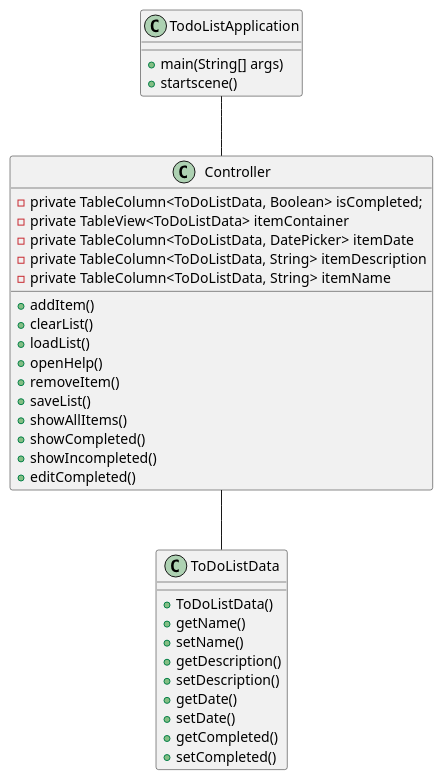
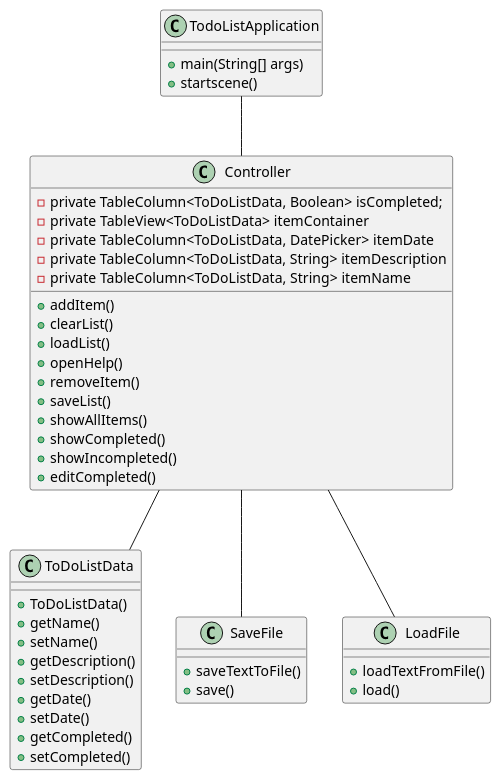
Before and after one commit to Trump7/trump-app1-impl: the diagram in trump-app1/docs/ToDoListApplication.puml, drawn with PlantUML. The commit also changed 7 other files, not shown here.

```diff
--- a/trump-app1/docs/ToDoListApplication.puml
+++ b/trump-app1/docs/ToDoListApplication.puml
@@ -1,44 +1,56 @@
 @startuml
 
 
 class Controller{
     -private TableColumn<ToDoListData, Boolean> isCompleted;
     -private TableView<ToDoListData> itemContainer
     -private TableColumn<ToDoListData, DatePicker> itemDate
     -private TableColumn<ToDoListData, String> itemDescription
     -private TableColumn<ToDoListData, String> itemName
 
     +addItem()
     +clearList()
     +loadList()
     +openHelp()
     +removeItem()
     +saveList()
     +showAllItems()
     +showCompleted()
     +showIncompleted()
     +editCompleted()
 }
 
 class TodoListApplication{
     +main(String[] args)
     +startscene()
 }
 
 class ToDoListData{
     +ToDoListData()
     +getName()
     +setName()
     +getDescription()
     +setDescription()
     +getDate()
     +setDate()
     +getCompleted()
     +setCompleted()
 
 }
 
+class SaveFile{
+    +saveTextToFile()
+    +save()
+}
+
+class LoadFile{
+    +loadTextFromFile()
+    +load()
+}
+
 TodoListApplication -- Controller
 Controller -- ToDoListData
+Controller -- LoadFile
+Controller -- SaveFile
 
 @enduml
```
